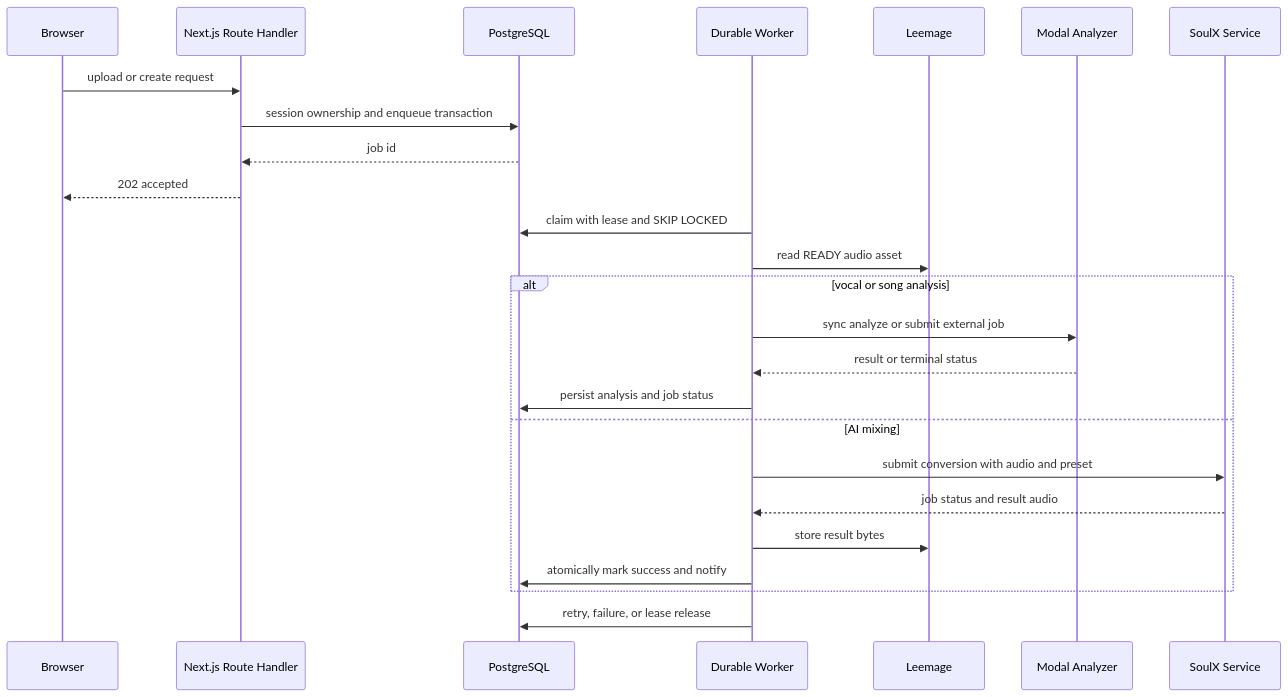
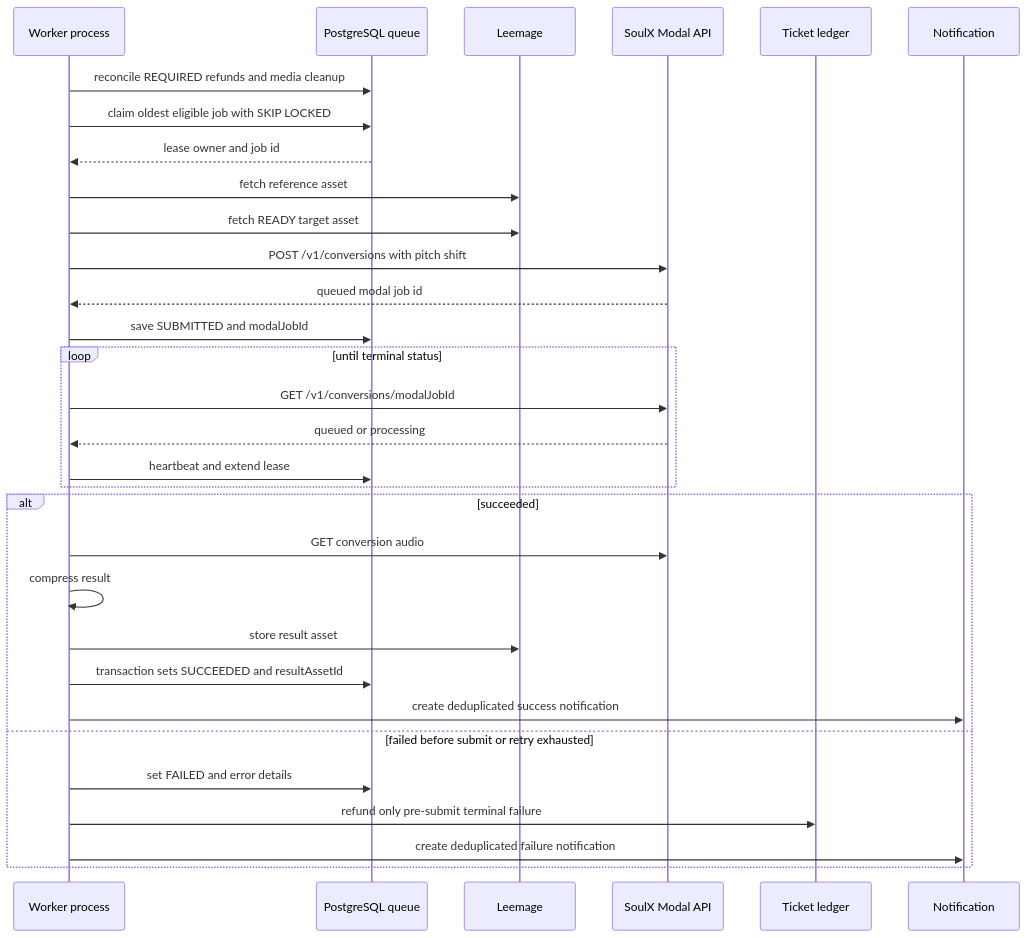
The second of 2 diagrams in openwiki/architecture/system-map.md (leey00nsu/copy-singer), drawn with Mermaid before and after one commit. The commit also changed other lines of this file and 57 other files, not shown here.

````diff
--- a/openwiki/architecture/system-map.md
+++ b/openwiki/architecture/system-map.md
@@ -68,28 +116,33 @@
 ```mermaid
 sequenceDiagram
-  participant Br as Browser
-  participant RH as Next.js Route Handler
-  participant DB as PostgreSQL
-  participant W as Durable Worker
-  participant LM as Leemage
-  participant AN as Modal Analyzer
-  participant SX as SoulX Service
-
-  Br->>RH: upload or create request
-  RH->>DB: session ownership and enqueue transaction
-  DB-->>RH: job id
-  RH-->>Br: 202 accepted
-  W->>DB: claim with lease and SKIP LOCKED
-  W->>LM: read READY audio asset
-  alt vocal or song analysis
-    W->>AN: sync analyze or submit external job
-    AN-->>W: result or terminal status
-    W->>DB: persist analysis and job status
-  else AI mixing
-    W->>SX: submit conversion with audio and preset
-    SX-->>W: job status and result audio
-    W->>LM: store result bytes
-    W->>DB: atomically mark success and notify
-  end
-  W->>DB: retry, failure, or lease release
+    participant P as Worker process
+    participant Q as PostgreSQL queue
+    participant L as Leemage
+    participant S as SoulX Modal API
+    participant T as Ticket ledger
+    participant N as Notification
+    P->>Q: reconcile REQUIRED refunds and media cleanup
+    P->>Q: claim oldest eligible job with SKIP LOCKED
+    Q-->>P: lease owner and job id
+    P->>L: fetch reference asset
+    P->>L: fetch READY target asset
+    P->>S: POST /v1/conversions with pitch shift
+    S-->>P: queued modal job id
+    P->>Q: save SUBMITTED and modalJobId
+    loop until terminal status
+        P->>S: GET /v1/conversions/modalJobId
+        S-->>P: queued or processing
+        P->>Q: heartbeat and extend lease
+    end
+    alt succeeded
+        P->>S: GET conversion audio
+        P->>P: compress result
+        P->>L: store result asset
+        P->>Q: transaction sets SUCCEEDED and resultAssetId
+        P->>N: create deduplicated success notification
+    else failed before submit or retry exhausted
+        P->>Q: set FAILED and error details
+        P->>T: refund only pre-submit terminal failure
+        P->>N: create deduplicated failure notification
+    end
 ```
````
